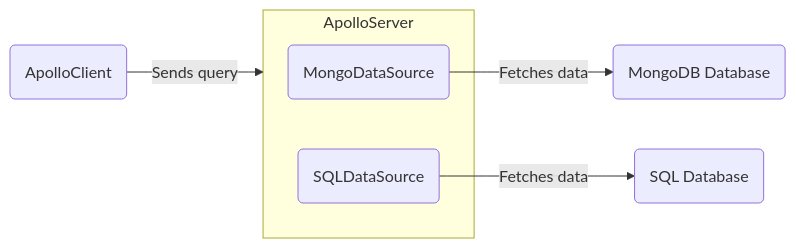
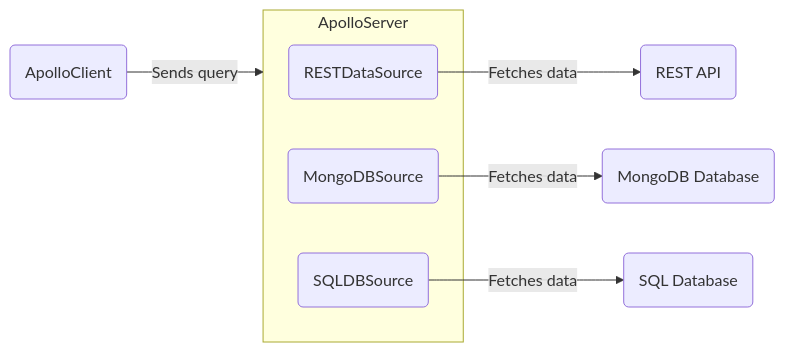
Before and after one commit to apollographql/apollo-server: the diagram in docs/source/data/fetching-data.mdx, drawn with Mermaid. The commit also changed other lines of this file, not shown here.

Commit message:
Rough draft of fetching data done

````diff
--- a/docs/source/data/fetching-data.mdx
+++ b/docs/source/data/fetching-data.mdx
@@ -10,13 +10,16 @@
 ```mermaid
 flowchart LR;
+  restAPI(REST API);
   mongo(MongoDB Database);
   sql(SQL Database);
   subgraph ApolloServer;
-    MongoDBDataSource(MongoDataSource);
-    SQLDataSource(SQLDataSource);
+    restDataSource(RESTDataSource);
+    mongoDBDataSource(MongoDBSource);
+    sqlDataSource(SQLDBSource);
   end
-  MongoDBDataSource --Fetches data--> mongo;
-  SQLDataSource --Fetches data--> sql;
+  restDataSource --Fetches data--> restAPI;
+  mongoDBDataSource --Fetches data--> mongo;
+  sqlDataSource --Fetches data--> sql;
   client(ApolloClient);
   client --Sends query--> ApolloServer;
 ```
````
